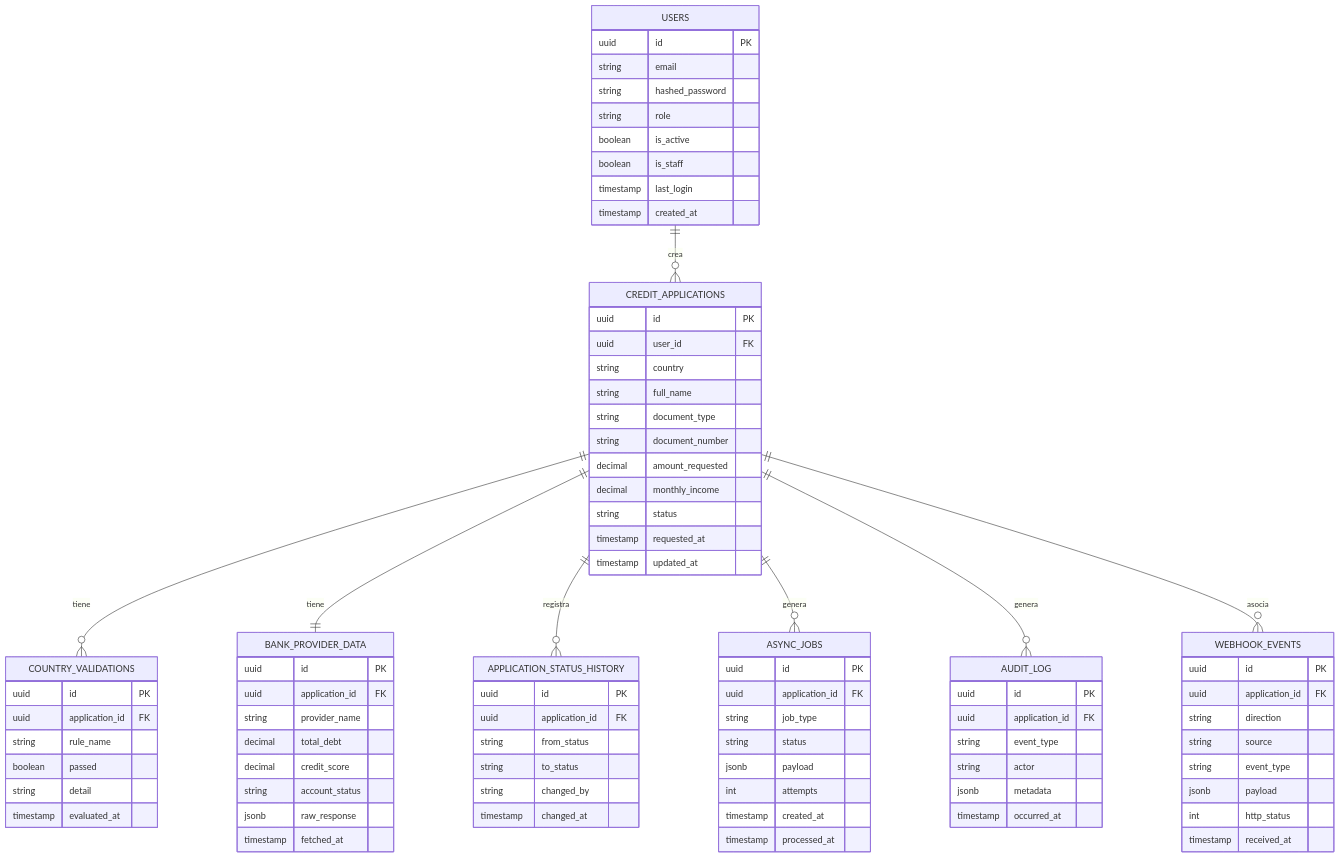
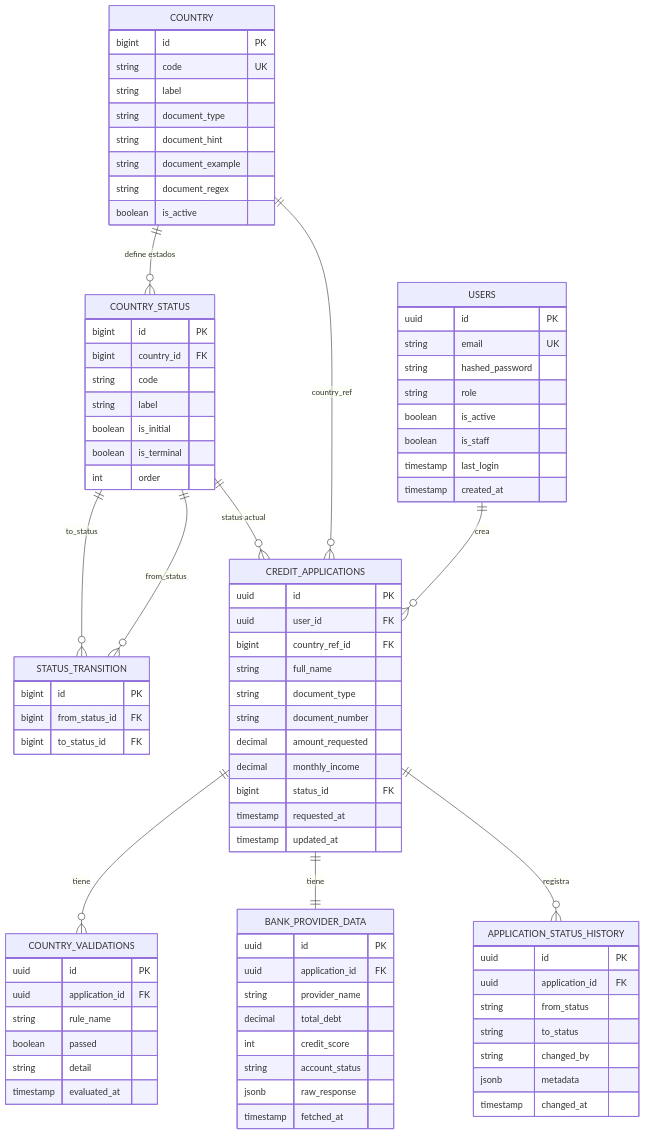
The diagram in docs/database/database.mmd (Branyoe/multi-country_fintech), drawn with Mermaid before and after one commit. The commit also changed 4 other files, not shown here.

First line of the commit message:
docs: refresh state-flow and database diagrams to match current schema

```diff
--- a/docs/database/database.mmd
+++ b/docs/database/database.mmd
@@ -1,94 +1,93 @@
 erDiagram
 
     USERS {
         uuid id PK
-        string email
+        string email UK
         string hashed_password
         string role
         boolean is_active
         boolean is_staff
         timestamp last_login
         timestamp created_at
     }
 
+    COUNTRY {
+        bigint id PK
+        string code UK
+        string label
+        string document_type
+        string document_hint
+        string document_example
+        string document_regex
+        boolean is_active
+    }
+
+    COUNTRY_STATUS {
+        bigint id PK
+        bigint country_id FK
+        string code
+        string label
+        boolean is_initial
+        boolean is_terminal
+        int order
+    }
+
+    STATUS_TRANSITION {
+        bigint id PK
+        bigint from_status_id FK
+        bigint to_status_id FK
+    }
+
     CREDIT_APPLICATIONS {
         uuid id PK
         uuid user_id FK
-        string country
+        bigint country_ref_id FK
         string full_name
         string document_type
         string document_number
         decimal amount_requested
         decimal monthly_income
-        string status
+        bigint status_id FK
         timestamp requested_at
         timestamp updated_at
     }
 
     COUNTRY_VALIDATIONS {
         uuid id PK
         uuid application_id FK
         string rule_name
         boolean passed
         string detail
         timestamp evaluated_at
     }
 
     BANK_PROVIDER_DATA {
         uuid id PK
         uuid application_id FK
         string provider_name
         decimal total_debt
-        decimal credit_score
+        int credit_score
         string account_status
         jsonb raw_response
         timestamp fetched_at
     }
 
     APPLICATION_STATUS_HISTORY {
         uuid id PK
         uuid application_id FK
         string from_status
         string to_status
         string changed_by
+        jsonb metadata
         timestamp changed_at
     }
 
-    ASYNC_JOBS {
-        uuid id PK
-        uuid application_id FK
-        string job_type
-        string status
-        jsonb payload
-        int attempts
-        timestamp created_at
-        timestamp processed_at
-    }
-
-    AUDIT_LOG {
-        uuid id PK
-        uuid application_id FK
-        string event_type
-        string actor
-        jsonb metadata
-        timestamp occurred_at
-    }
-
-    WEBHOOK_EVENTS {
-        uuid id PK
-        uuid application_id FK
-        string direction
-        string source
-        string event_type
-        jsonb payload
-        int http_status
-        timestamp received_at
-    }
-
     USERS ||--o{ CREDIT_APPLICATIONS : "crea"
+    COUNTRY ||--o{ COUNTRY_STATUS : "define estados"
+    COUNTRY_STATUS ||--o{ STATUS_TRANSITION : "from_status"
+    COUNTRY_STATUS ||--o{ STATUS_TRANSITION : "to_status"
+    COUNTRY ||--o{ CREDIT_APPLICATIONS : "country_ref"
+    COUNTRY_STATUS ||--o{ CREDIT_APPLICATIONS : "status actual"
     CREDIT_APPLICATIONS ||--o{ COUNTRY_VALIDATIONS : "tiene"
     CREDIT_APPLICATIONS ||--|| BANK_PROVIDER_DATA : "tiene"
     CREDIT_APPLICATIONS ||--o{ APPLICATION_STATUS_HISTORY : "registra"
-    CREDIT_APPLICATIONS ||--o{ ASYNC_JOBS : "genera"
-    CREDIT_APPLICATIONS ||--o{ AUDIT_LOG : "genera"
-    CREDIT_APPLICATIONS ||--o{ WEBHOOK_EVENTS : "asocia"
```
